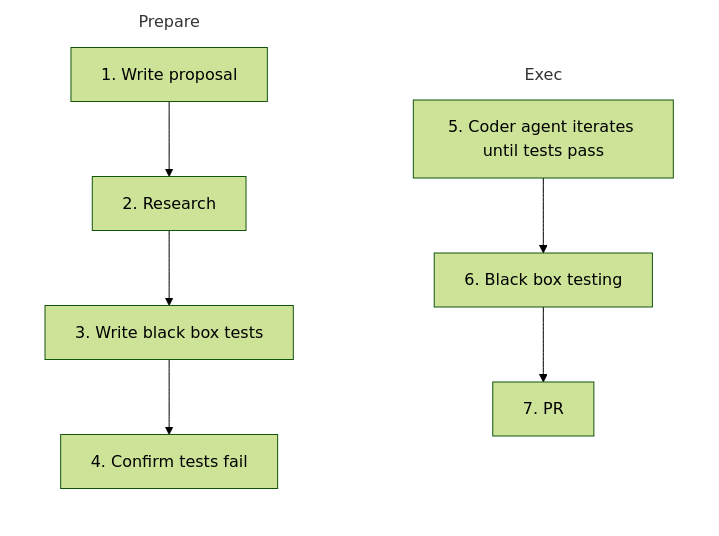
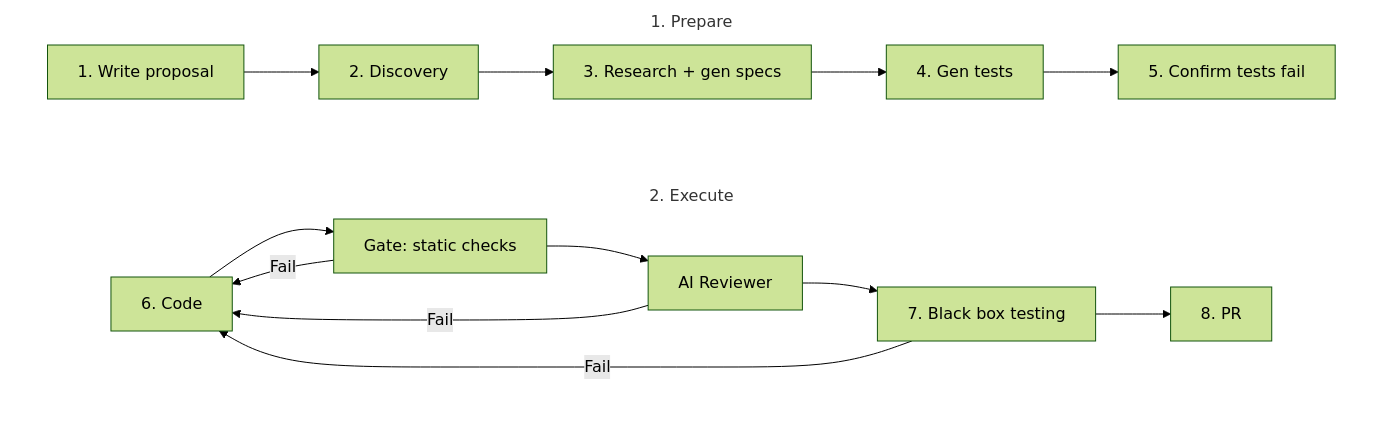
The diagram in docs/usage.md (JuroOravec/safe-ai-factory), drawn with Mermaid (forest theme) before and after one commit. The commit also changed other lines of this file and 161 other files, not shown here.

````diff
--- a/docs/usage.md
+++ b/docs/usage.md
@@ -9,21 +9,27 @@
 ```mermaid
-flowchart LR
-    subgraph Prepare
-        direction TB
+flowchart TD
+    subgraph G1[1. Prepare]
+        direction LR
         A[1. Write proposal]
-        B[2. Research]
-        C[3. Write black box tests]
-        D[4. Confirm tests fail]
-        A --> B --> C --> D
+        B[2. Discovery]
+        C[3. Research + gen specs]
+        D[4. Gen tests]
+        E[5. Confirm tests fail]
+        A --> B --> C --> D --> E
     end
-    A ~~~ E
-    subgraph Exec
-        direction TB
-        E[5. Coder agent iterates until tests pass]
-        F[6. Black box testing]
-        G[7. PR]
-        E --> F --> G
+    subgraph G2[2. Execute]
+        direction LR
+        F[6. Code]
+        Fg[Gate: static checks]
+        Fr[AI Reviewer]
+        G[7. Black box testing]
+        H[8. PR]
+        F --> Fg --> Fr --> G --> H
+        Fg -->|Fail| F
+        Fr -->|Fail| F
+        G -->|Fail| F
     end
-    style Prepare fill:none,stroke:none
-    style Exec fill:none,stroke:none
+    G1 ~~~ G2
+    style G1 fill:none,stroke:none
+    style G2 fill:none,stroke:none
 ```
````
